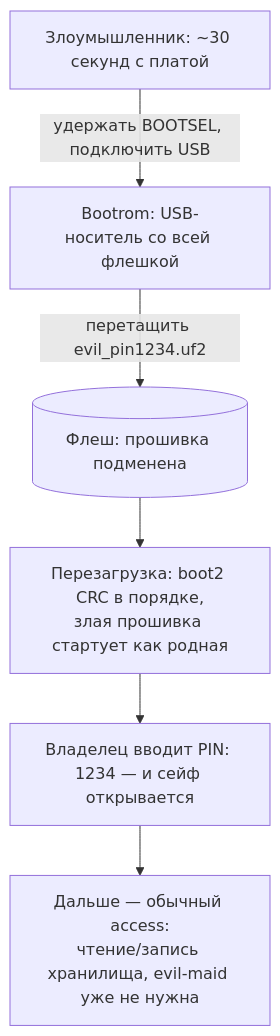
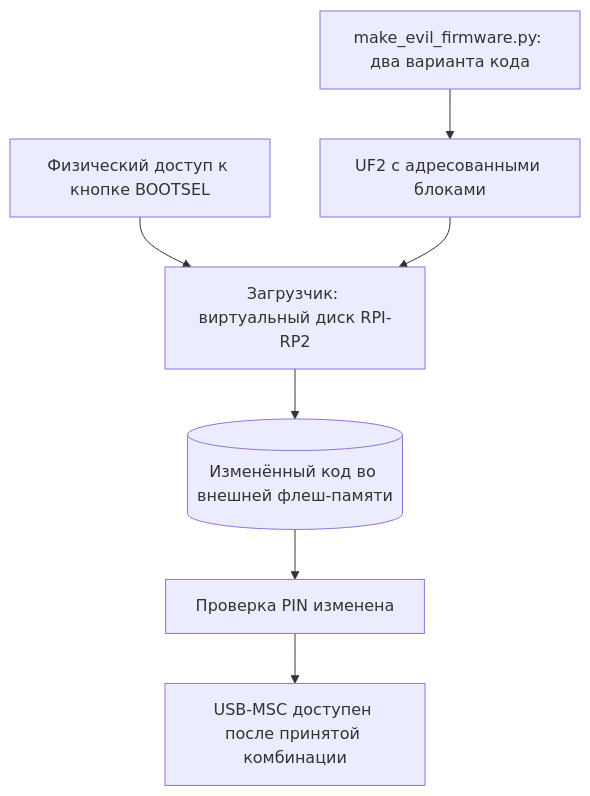
The diagram in attack6/README.md (HarisGOD1/case-12-reverse-engineering-pcb-team-3), drawn with Mermaid before and after one commit. The commit also changed other lines of this file and 52 other files, not shown here.

````diff
--- a/attack6/README.md
+++ b/attack6/README.md
@@ -77,8 +24,9 @@
 ```mermaid
 flowchart TD
-    maid["Злоумышленник: ~30 секунд с платой"] -->|"удержать BOOTSEL, подключить USB"| rom["Bootrom: USB-носитель со всей флешкой"]
-    rom -->|"перетащить evil_pin1234.uf2"| flash[("Флеш: прошивка подменена")]
-    flash --> reboot["Перезагрузка: boot2 CRC в порядке,<br/>злая прошивка стартует как родная"]
-    reboot --> victim["Владелец вводит PIN: 1234 — и сейф открывается"]
-    victim --> data["Дальше — обычный access:<br/>чтение/запись хранилища, evil-maid уже не нужна"]
+    access["Физический доступ к кнопке BOOTSEL"] --> rom["Загрузчик: виртуальный диск RPI-RP2"]
+    patch["make_evil_firmware.py: два варианта кода"] --> uf2["UF2 с адресованными блоками"]
+    uf2 --> rom
+    rom --> flash[("Изменённый код во внешней флеш-памяти")]
+    flash --> check["Проверка PIN изменена"]
+    check --> usb["USB-MSC доступен после принятой комбинации"]
 ```
````
